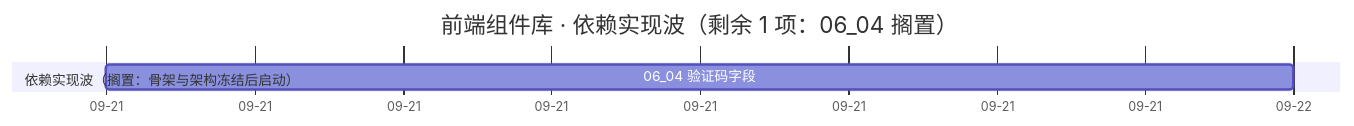
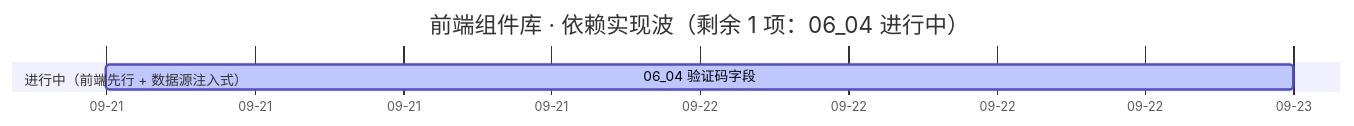
The diagram in bms文档/项目/04_前端组件库/计划/01_计划_前端组件库.md (minjian123/basic-management-system), drawn with Mermaid before and after one commit. The commit also changed other lines of this file and 3 other files, not shown here.

Commit message:
docs(06_04): 验证码字段详细设计定稿（前端先行 + 数据源注入式：BaseCaptcha / 数据源插件轨 / 四件与表单协同 / 阈值与倒计时）

````diff
--- a/bms文档/项目/04_前端组件库/计划/01_计划_前端组件库.md
+++ b/bms文档/项目/04_前端组件库/计划/01_计划_前端组件库.md
@@ -79,9 +79,9 @@
 ```mermaid
 gantt
-    title 前端组件库 · 依赖实现波（剩余 1 项：06_04 搁置）
+    title 前端组件库 · 依赖实现波（剩余 1 项：06_04 进行中）
     dateFormat  YYYY-MM-DD
     axisFormat %m-%d
     %% 已完成任务不入甘特：域 02 / 03 / 04 / 05 / 10 与域 06（06_01 ~ 06_03 / 06_05 ~ 06_07）、域 07（全部）、域 08（08_01 ~ 08_10）均已完成
-    section 依赖实现波（搁置：骨架与架构冻结后启动）
-    06_04 验证码字段 :c0604, 2026-09-21, 1d
+    section 进行中（前端先行 + 数据源注入式）
+    06_04 验证码字段 :active, c0604, 2026-09-21, 2d
 ```
````
